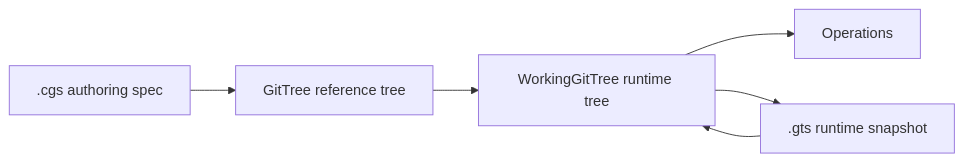
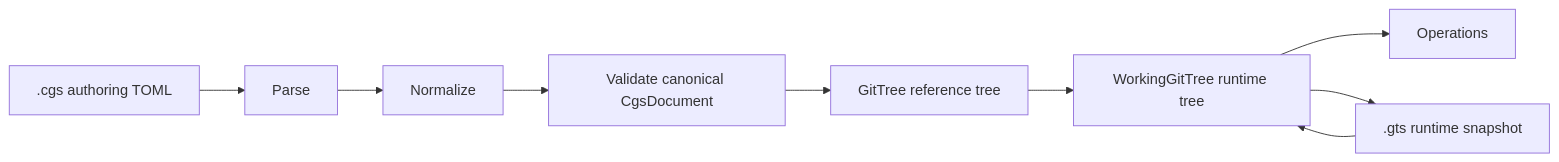
Before and after one commit to flipoyo/ComplexGitSync: the second of 2 diagrams in docs/architecture.md, drawn with Mermaid. The commit also changed other lines of this file and 22 other files, not shown here.

````diff
--- a/docs/architecture.md
+++ b/docs/architecture.md
@@ -83,8 +90,11 @@
 ```mermaid
 flowchart LR
-    CGS[.cgs authoring spec] --> REF[GitTree reference tree]
+    CGS[.cgs authoring TOML] --> PARSE[Parse]
+    PARSE --> NORMALIZE[Normalize]
+    NORMALIZE --> VALIDATE[Validate canonical CgsDocument]
+    VALIDATE --> REF[GitTree reference tree]
     REF --> WORK[WorkingGitTree runtime tree]
     WORK --> OPS[Operations]
     WORK --> GTS[.gts runtime snapshot]
     GTS --> WORK
 ```
````
